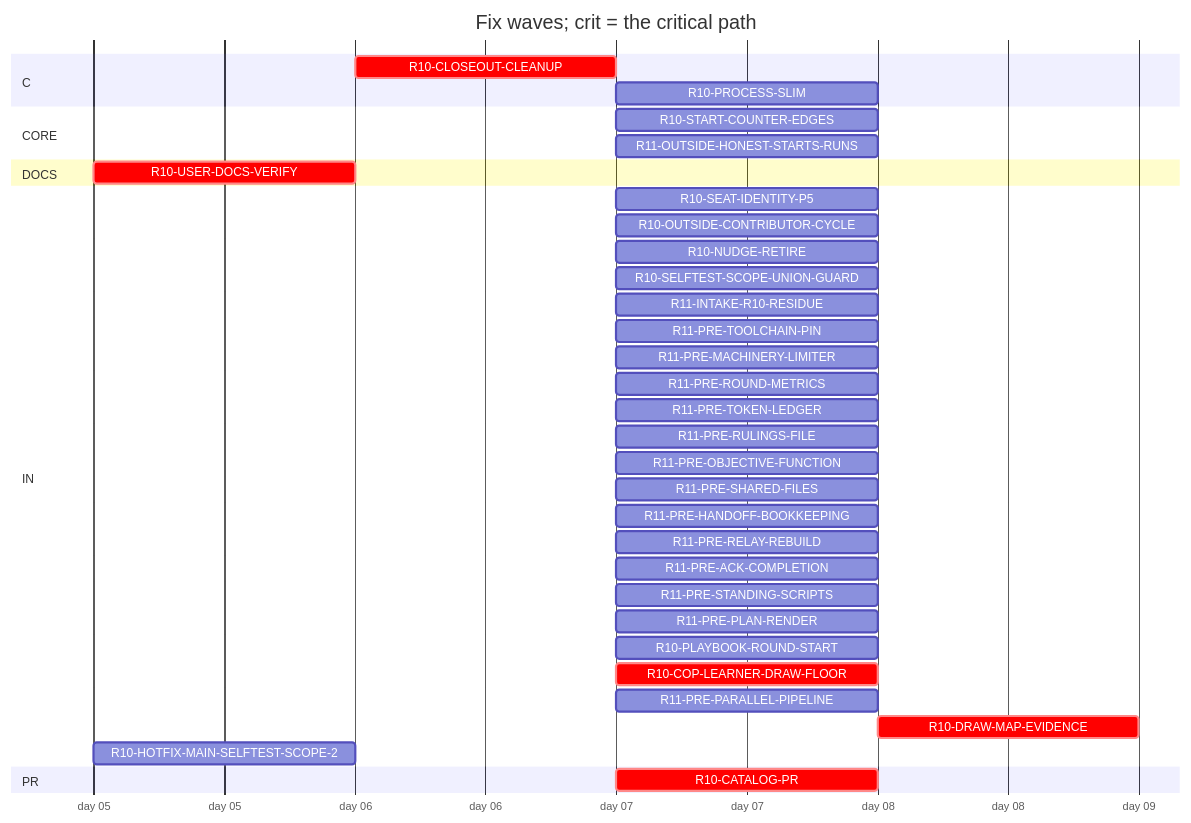
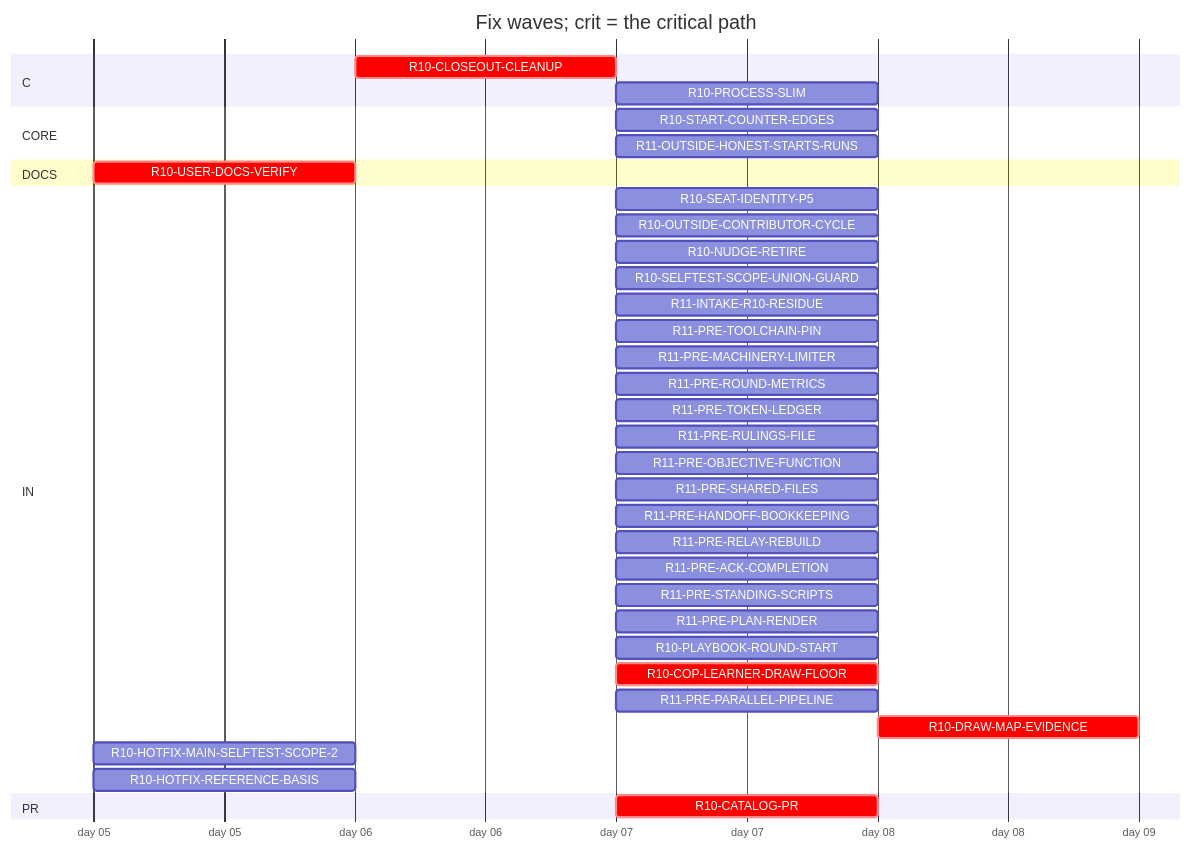
Before and after one commit to tvofi/heatpump_optimizer: the diagram in handoff/round10/state/PLAN-TABLE.md, drawn with Mermaid. The commit also changed other lines of this file and 4 other files, not shown here.

Commit message:
state: FLOW-BOARD.md, NEXT-SESSION-PROMPT.md, PLAN-TABLE.md, PLAN.html, RESUME-CURRENT.md regenerated (state_docs.py)

````diff
--- a/handoff/round10/state/PLAN-TABLE.md
+++ b/handoff/round10/state/PLAN-TABLE.md
@@ -18,39 +18,40 @@
 ```mermaid
 gantt
   title Fix waves; crit = the critical path
   dateFormat YYYY-MM-DD
   axisFormat day %d
   section C
     R10-CLOSEOUT-CLEANUP :crit, r10CLOSEOUTCLEANUP, after r10USERDOCSVERIFY, 1d
     R10-PROCESS-SLIM :r10PROCESSSLIM, after r10CATALOGPR, 1d
   section CORE
     R10-START-COUNTER-EDGES :r10STARTCOUNTEREDGES, after r10CATALOGPR, 1d
     R11-OUTSIDE-HONEST-STARTS-RUNS :r11OUTSIDEHONESTSTARTSRUNS, after r10CATALOGPR, 1d
   section DOCS
     R10-USER-DOCS-VERIFY :crit, r10USERDOCSVERIFY, 2026-01-05, 1d
   section IN
     R10-SEAT-IDENTITY-P5 :r10SEATIDENTITYP5, after r10CATALOGPR, 1d
     R10-OUTSIDE-CONTRIBUTOR-CYCLE :r10OUTSIDECONTRIBUTORCYCLE, after r10CATALOGPR, 1d
     R10-NUDGE-RETIRE :r10NUDGERETIRE, after r10CATALOGPR, 1d
     R10-SELFTEST-SCOPE-UNION-GUARD :r10SELFTESTSCOPEUNIONGUARD, after r10CATALOGPR, 1d
     R11-INTAKE-R10-RESIDUE :r11INTAKER10RESIDUE, after r10CATALOGPR, 1d
     R11-PRE-TOOLCHAIN-PIN :r11PRETOOLCHAINPIN, after r10CATALOGPR, 1d
     R11-PRE-MACHINERY-LIMITER :r11PREMACHINERYLIMITER, after r10CATALOGPR, 1d
     R11-PRE-ROUND-METRICS :r11PREROUNDMETRICS, after r10CATALOGPR, 1d
     R11-PRE-TOKEN-LEDGER :r11PRETOKENLEDGER, after r10CATALOGPR, 1d
     R11-PRE-RULINGS-FILE :r11PRERULINGSFILE, after r10CATALOGPR, 1d
     R11-PRE-OBJECTIVE-FUNCTION :r11PREOBJECTIVEFUNCTION, after r10CATALOGPR, 1d
     R11-PRE-SHARED-FILES :r11PRESHAREDFILES, after r10CATALOGPR, 1d
     R11-PRE-HANDOFF-BOOKKEEPING :r11PREHANDOFFBOOKKEEPING, after r10CATALOGPR, 1d
     R11-PRE-RELAY-REBUILD :r11PRERELAYREBUILD, after r10CATALOGPR, 1d
     R11-PRE-ACK-COMPLETION :r11PREACKCOMPLETION, after r10CATALOGPR, 1d
     R11-PRE-STANDING-SCRIPTS :r11PRESTANDINGSCRIPTS, after r10CATALOGPR, 1d
     R11-PRE-PLAN-RENDER :r11PREPLANRENDER, after r10CATALOGPR, 1d
     R10-PLAYBOOK-ROUND-START :r10PLAYBOOKROUNDSTART, after r10CATALOGPR, 1d
     R10-COP-LEARNER-DRAW-FLOOR :crit, r10COPLEARNERDRAWFLOOR, after r10CATALOGPR, 1d
     R11-PRE-PARALLEL-PIPELINE :r11PREPARALLELPIPELINE, after r10CATALOGPR, 1d
     R10-DRAW-MAP-EVIDENCE :crit, r10DRAWMAPEVIDENCE, after r10COPLEARNERDRAWFLOOR r10CATALOGPR, 1d
     R10-HOTFIX-MAIN-SELFTEST-SCOPE-2 :r10HOTFIXMAINSELFTESTSCOPE2, 2026-01-05, 1d
+    R10-HOTFIX-REFERENCE-BASIS :r10HOTFIXREFERENCEBASIS, 2026-01-05, 1d
   section PR
     R10-CATALOG-PR :crit, r10CATALOGPR, after r10USERDOCSVERIFY r10CLOSEOUTCLEANUP, 1d
 ```
````
